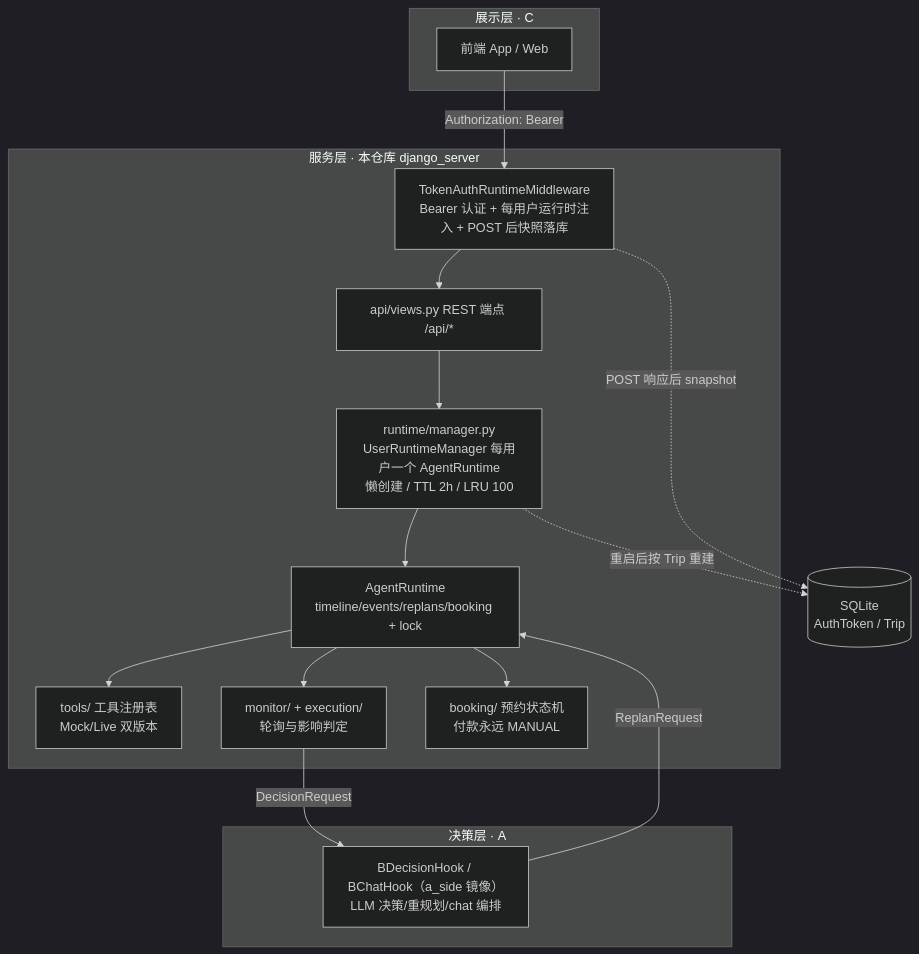
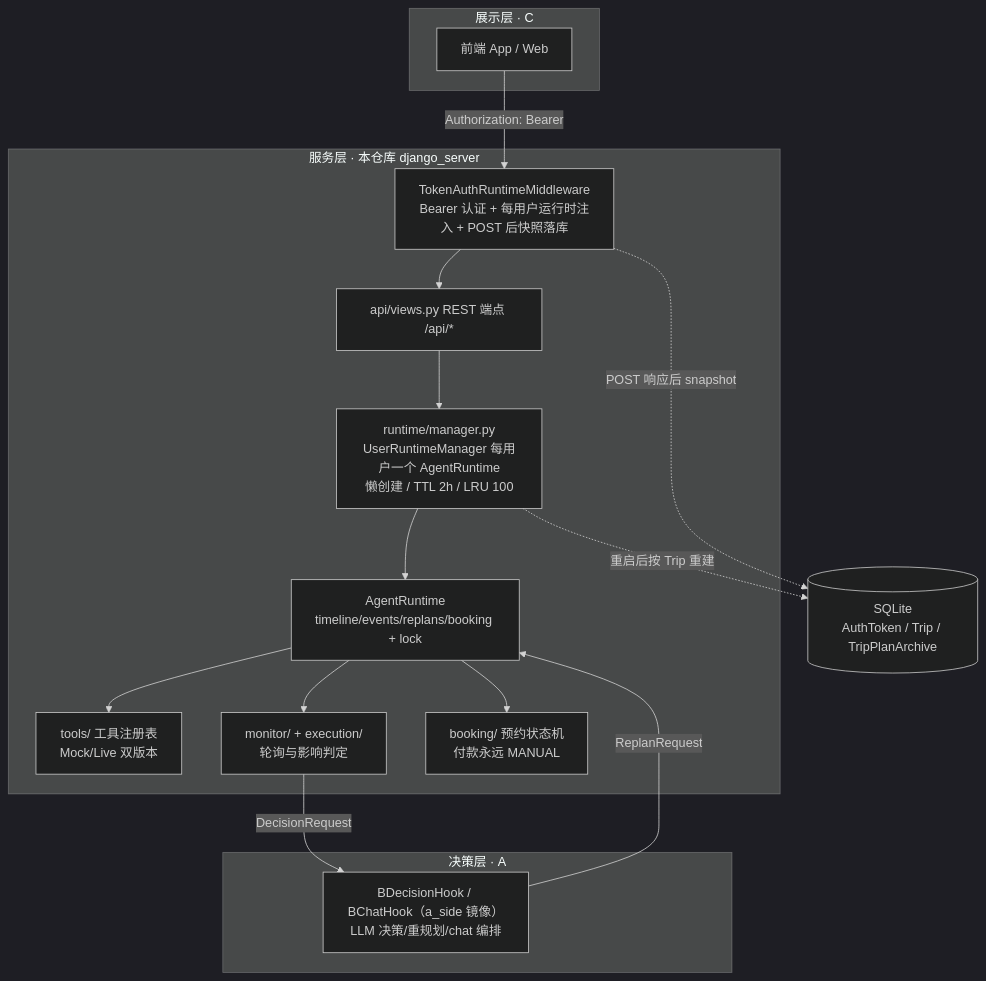
One commit to Danieltoraji/TravelAgent changed the diagram in README.md. Above: the diagram before and after it, drawn with Mermaid (dark theme). The commit also changed other lines of this file and 15 other files, not shown here.

First line of the commit message:
服务端日志观测 + 历史规划归档：LOGGING 双通道/request_id/报错补记录 + TripPlanArchive 与 /api/plans/history 查询端点

````diff
--- a/README.md
+++ b/README.md
@@ -30,30 +32,30 @@
 ```mermaid
 flowchart TB
     subgraph C[展示层 · C]
         APP[前端 App / Web]
     end
 
     subgraph B[服务层 · 本仓库 django_server]
         MW[TokenAuthRuntimeMiddleware<br/>Bearer 认证 + 每用户运行时注入 + POST 后快照落库]
         V[api/views.py REST 端点 /api/*]
         MGR[runtime/manager.py<br/>UserRuntimeManager 每用户一个 AgentRuntime<br/>懒创建 / TTL 2h / LRU 100]
         RT[AgentRuntime<br/>timeline/events/replans/booking + lock]
         TOOLS[tools/ 工具注册表<br/>Mock/Live 双版本]
         MON[monitor/ + execution/<br/>轮询与影响判定]
         BK[booking/ 预约状态机<br/>付款永远 MANUAL]
     end
 
     subgraph A[决策层 · A]
         DH[BDecisionHook / BChatHook（a_side 镜像）<br/>LLM 决策/重规划/chat 编排]
     end
 
-    DB[(SQLite<br/>AuthToken / Trip)]
+    DB[(SQLite<br/>AuthToken / Trip / TripPlanArchive)]
 
     APP -->|"Authorization: Bearer"| MW --> V
     V --> MGR --> RT
     RT --> TOOLS & MON & BK
     MON -- "DecisionRequest" --> DH
     DH -- "ReplanRequest" --> RT
     MW -. "POST 响应后 snapshot" .-> DB
     MGR -. "重启后按 Trip 重建" .-> DB
 ```
````
